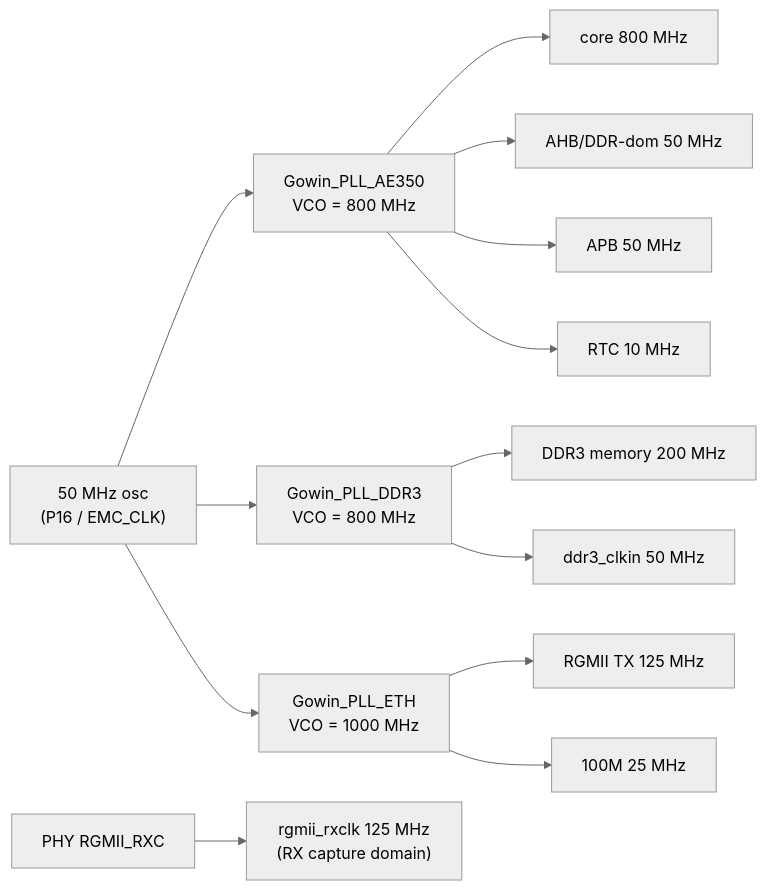
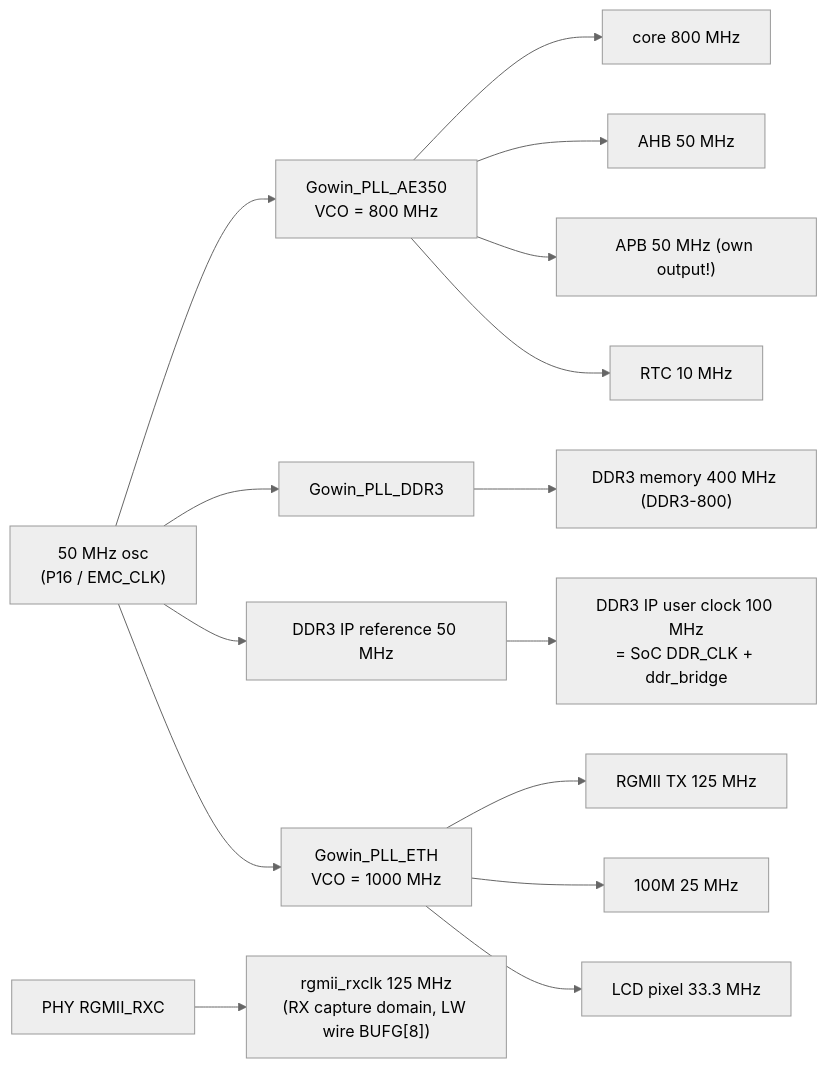
The second of 2 diagrams in doc/01-architecture.md (phoenix367/tang-mega-138K-Pro-demo), drawn with Mermaid (neutral theme) before and after one commit. The commit also changed other lines of this file and 7 other files, not shown here.

````diff
--- a/doc/01-architecture.md
+++ b/doc/01-architecture.md
@@ -106,20 +138,22 @@
 ```mermaid
 graph LR
   OSC["50 MHz osc<br/>(P16 / EMC_CLK)"]
 
   OSC --> PA["Gowin_PLL_AE350<br/>VCO = 800 MHz"]
   PA --> C1["core 800 MHz"]
-  PA --> C0["AHB/DDR-dom 50 MHz"]
-  PA --> C3["APB 50 MHz"]
+  PA --> C2["AHB 50 MHz"]
+  PA --> C3["APB 50 MHz (own output!)"]
   PA --> C4["RTC 10 MHz"]
 
-  OSC --> PD["Gowin_PLL_DDR3<br/>VCO = 800 MHz"]
-  PD --> D2["DDR3 memory 200 MHz"]
-  PD --> D0["ddr3_clkin 50 MHz"]
+  OSC --> PD["Gowin_PLL_DDR3"]
+  PD --> D["DDR3 memory 400 MHz (DDR3-800)"]
+  OSC --> DDRIP["DDR3 IP reference 50 MHz"]
+  DDRIP --> U["DDR3 IP user clock 100 MHz<br/>= SoC DDR_CLK + ddr_bridge"]
 
   OSC --> PE["Gowin_PLL_ETH<br/>VCO = 1000 MHz"]
   PE --> E1["RGMII TX 125 MHz"]
   PE --> E3["100M 25 MHz"]
+  PE --> E2["LCD pixel 33.3 MHz"]
 
-  PHY["PHY RGMII_RXC"] --> RX["rgmii_rxclk 125 MHz<br/>(RX capture domain)"]
+  PHY["PHY RGMII_RXC"] --> RX["rgmii_rxclk 125 MHz<br/>(RX capture domain, LW wire BUFG[8])"]
 ```
````
